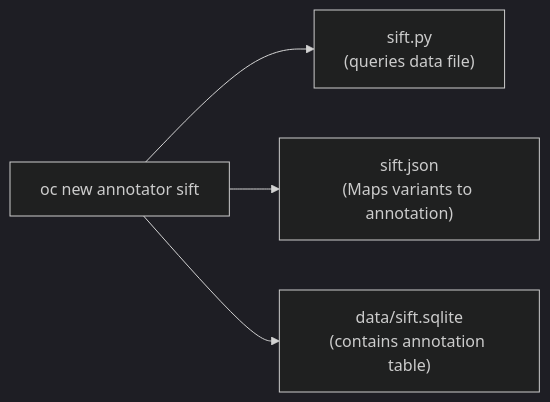
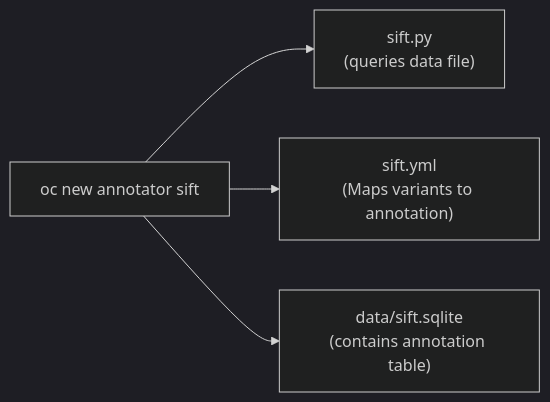
One commit to KarchinLab/oc_vignettes changed the first of 2 diagrams in making_annototator_modules.qmd. Above: the diagram before and after it, drawn with Mermaid (dark theme). The commit also changed other lines of this file and 15 other files, not shown here.

````diff
--- a/making_annototator_modules.qmd
+++ b/making_annototator_modules.qmd
@@ -6,7 +10,7 @@
 ```{mermaid}
 flowchart LR
   A[oc new annotator sift] --> B
   B["sift.py\n(queries data file)"]
-  A --> C["sift.json\n(Maps variants to annotation)"]
+  A --> C["sift.yml\n(Maps variants to annotation)"]
   A --> D["data/sift.sqlite\n(contains annotation table)"]
 ```
````
